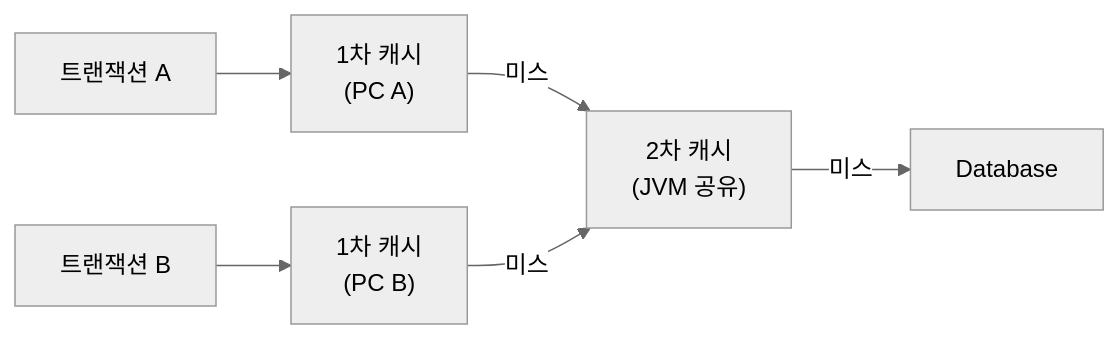
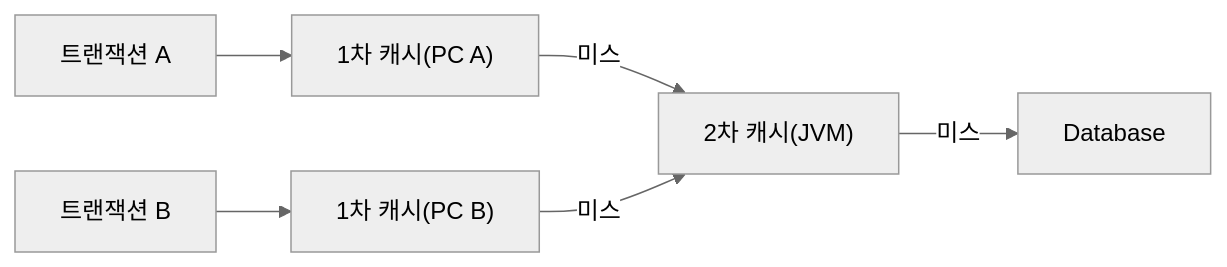
Before and after one commit to yjkim2015/yjkim2015.github.io: the third of 4 diagrams in _posts/jpa/2026-05-12-jpa-performance.md, drawn with Mermaid (neutral theme). The commit also changed other lines of this file and 245 other files, not shown here.

First line of the commit message:
Mermaid 다이어그램 전면 수정 + 면접 포인트 접기/펼치기 + DB 데드락 페이지

````diff
--- a/_posts/jpa/2026-05-12-jpa-performance.md
+++ b/_posts/jpa/2026-05-12-jpa-performance.md
@@ -499,8 +498,8 @@
 ```mermaid
 graph LR
-    TX1["트랜잭션 A"] --> L1A["1차 캐시\n(PC A)"]
-    TX2["트랜잭션 B"] --> L1B["1차 캐시\n(PC B)"]
-    L1A -->|미스| L2["2차 캐시\n(JVM 공유)"]
+    TX1["트랜잭션 A"] --> L1A["1차 캐시(PC A)"]
+    TX2["트랜잭션 B"] --> L1B["1차 캐시(PC B)"]
+    L1A -->|미스| L2["2차 캐시(JVM)"]
     L1B -->|미스| L2
     L2 -->|미스| DB["Database"]
 ```
````
